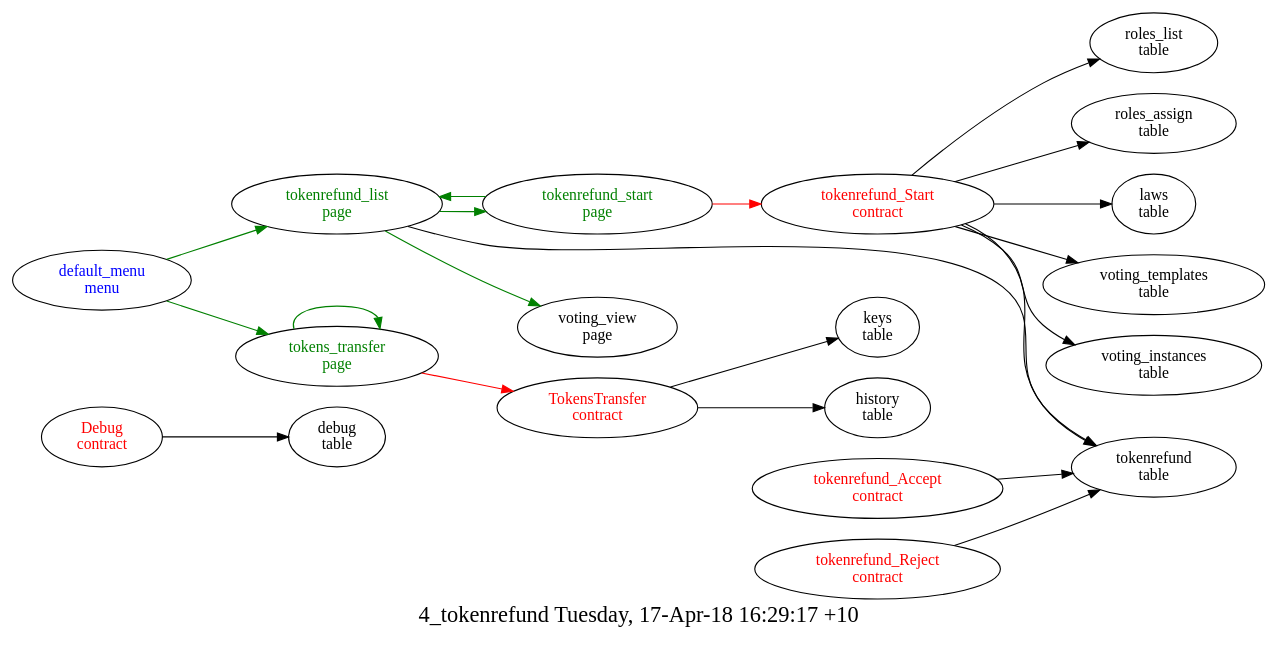
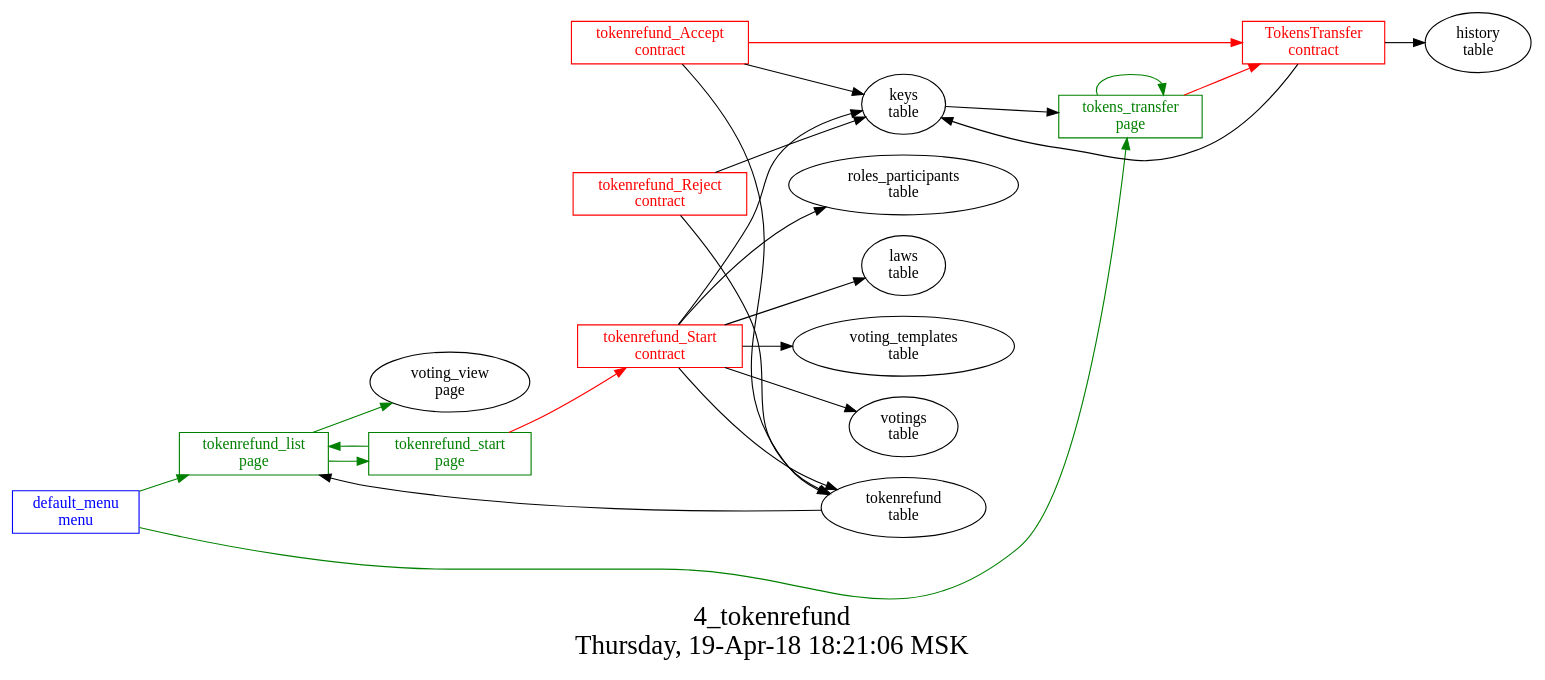
The diagram in src/basic/4_tokenrefund/struct.dot (AplaProject/apps), drawn with Graphviz before and after one commit. The commit also changed 9 other files, not shown here.

```diff
--- a/src/basic/4_tokenrefund/struct.dot
+++ b/src/basic/4_tokenrefund/struct.dot
@@ -1,37 +1,43 @@
 digraph G {
-fontsize="20.0";
-label="4_tokenrefund Tuesday, 17-Apr-18 16:29:17 +10";
-rankdir=LR;
-"Debug\ncontract" -> "debug\ntable"
-"Debug\ncontract" [fontcolor=red, group=contracts];
-"TokensTransfer\ncontract" -> "keys\ntable"
-"TokensTransfer\ncontract" -> "history\ntable"
-"TokensTransfer\ncontract" [fontcolor=red, group=contracts];
-"tokenrefund_Accept\ncontract" -> "tokenrefund\ntable"
-"tokenrefund_Accept\ncontract" [fontcolor=red, group=contracts];
-"tokenrefund_Reject\ncontract" -> "tokenrefund\ntable"
-"tokenrefund_Reject\ncontract" [fontcolor=red, group=contracts];
-"tokenrefund_Start\ncontract" -> "roles_assign\ntable"
-"tokenrefund_Start\ncontract" -> "laws\ntable"
-"tokenrefund_Start\ncontract" -> "voting_templates\ntable"
-"tokenrefund_Start\ncontract" -> "voting_instances\ntable"
-"tokenrefund_Start\ncontract" -> "tokenrefund\ntable"
-"tokenrefund_Start\ncontract" -> "roles_list\ntable"
-"tokenrefund_Start\ncontract" [fontcolor=red, group=contracts];
+graph [
+  fontsize="24";
+  label="4_tokenrefund\nThursday, 19-Apr-18 18:21:06 MSK";
+  nojustify=true;
+  ordering=out;
+  rankdir=LR;
+  size="30";
+];
 "default_menu\nmenu" -> "tokenrefund_list\npage"  [ color=green ]
 "default_menu\nmenu" -> "tokens_transfer\npage"  [ color=green ]
-"default_menu\nmenu" [fontcolor=blue, group=menus];
-"tokenrefund_list\npage" -> "tokenrefund\ntable"
+"default_menu\nmenu" [color=blue, fontcolor=blue, group=menus, shape=record];
+"tokenrefund\ntable" -> "tokenrefund_list\npage"  [ color="" ]
 "tokenrefund_list\npage" -> "voting_view\npage"  [ color=green ]
 "tokenrefund_list\npage" -> "tokenrefund_start\npage"  [ color=green ]
-"tokenrefund_list\npage" [fontcolor=green, group=pages];
+"tokenrefund_list\npage" [color=green, fontcolor=green, group=pages, shape=record];
 "tokenrefund_start\npage" -> "tokenrefund_Start\ncontract"  [ color=red ]
 "tokenrefund_start\npage" -> "tokenrefund_list\npage"  [ color=green ]
-"tokenrefund_start\npage" [fontcolor=green, group=pages];
+"tokenrefund_start\npage" [color=green, fontcolor=green, group=pages, shape=record];
 "tokens_transfer\npage" -> "TokensTransfer\ncontract"  [ color=red ]
+"keys\ntable" -> "tokens_transfer\npage"  [ color="" ]
 "tokens_transfer\npage" -> "tokens_transfer\npage"  [ color=green ]
-"tokens_transfer\npage" [fontcolor=green, group=pages];
-"debug\ntable" [group=tables];
-"laws\ntable" [group=tables];
-"tokenrefund\ntable" [group=tables];
+"tokens_transfer\npage" [color=green, fontcolor=green, group=pages, shape=record];
+"TokensTransfer\ncontract" -> "keys\ntable"  [ color="" ]
+"TokensTransfer\ncontract" -> "history\ntable"  [ color="" ]
+"TokensTransfer\ncontract" [color=red, fontcolor=red, group=contracts, shape=record];
+"tokenrefund_Accept\ncontract" -> "TokensTransfer\ncontract"  [ color=red ]
+"tokenrefund_Accept\ncontract" -> "keys\ntable"  [ color="" ]
+"tokenrefund_Accept\ncontract" -> "tokenrefund\ntable"  [ color="" ]
+"tokenrefund_Accept\ncontract" [color=red, fontcolor=red, group=contracts, shape=record];
+"tokenrefund_Reject\ncontract" -> "keys\ntable"  [ color="" ]
+"tokenrefund_Reject\ncontract" -> "tokenrefund\ntable"  [ color="" ]
+"tokenrefund_Reject\ncontract" [color=red, fontcolor=red, group=contracts, shape=record];
+"tokenrefund_Start\ncontract" -> "keys\ntable"  [ color="" ]
+"tokenrefund_Start\ncontract" -> "roles_participants\ntable"  [ color="" ]
+"tokenrefund_Start\ncontract" -> "laws\ntable"  [ color="" ]
+"tokenrefund_Start\ncontract" -> "voting_templates\ntable"  [ color="" ]
+"tokenrefund_Start\ncontract" -> "votings\ntable"  [ color="" ]
+"tokenrefund_Start\ncontract" -> "tokenrefund\ntable"  [ color="" ]
+"tokenrefund_Start\ncontract" [color=red, fontcolor=red, group=contracts, shape=record];
+"laws\ntable" [color="", fontcolor="", group=tables, shape=""];
+"tokenrefund\ntable" [color="", fontcolor="", group=tables, shape=""];
 }
```
